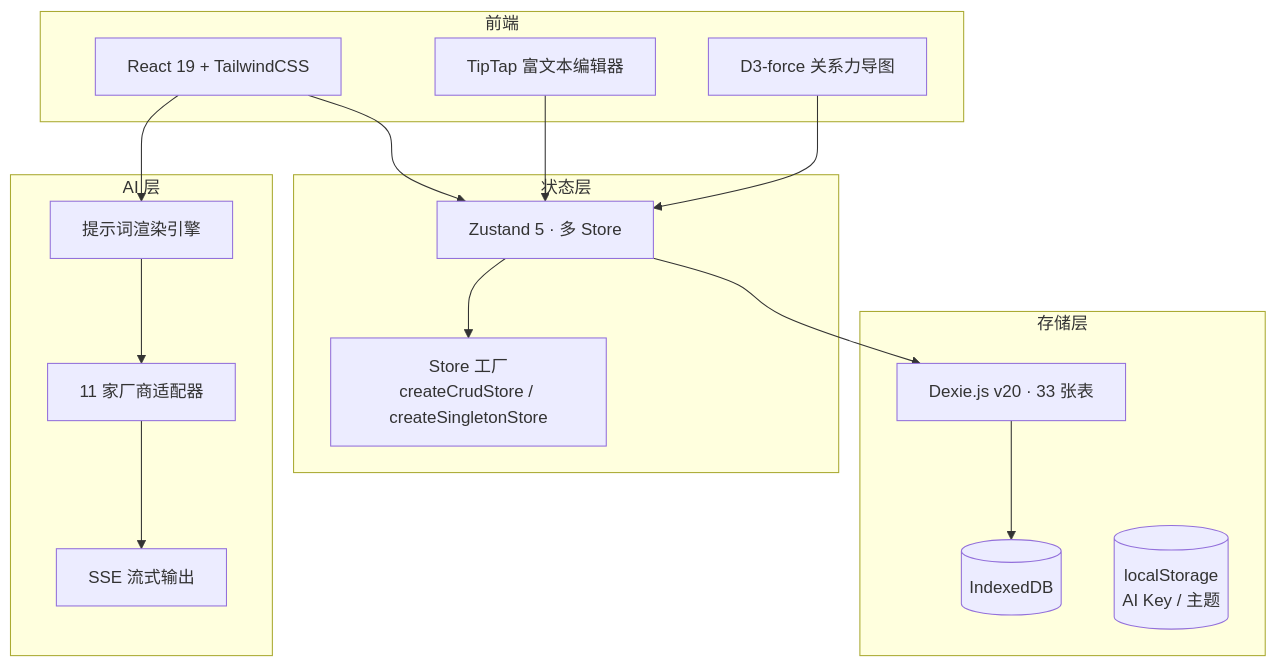
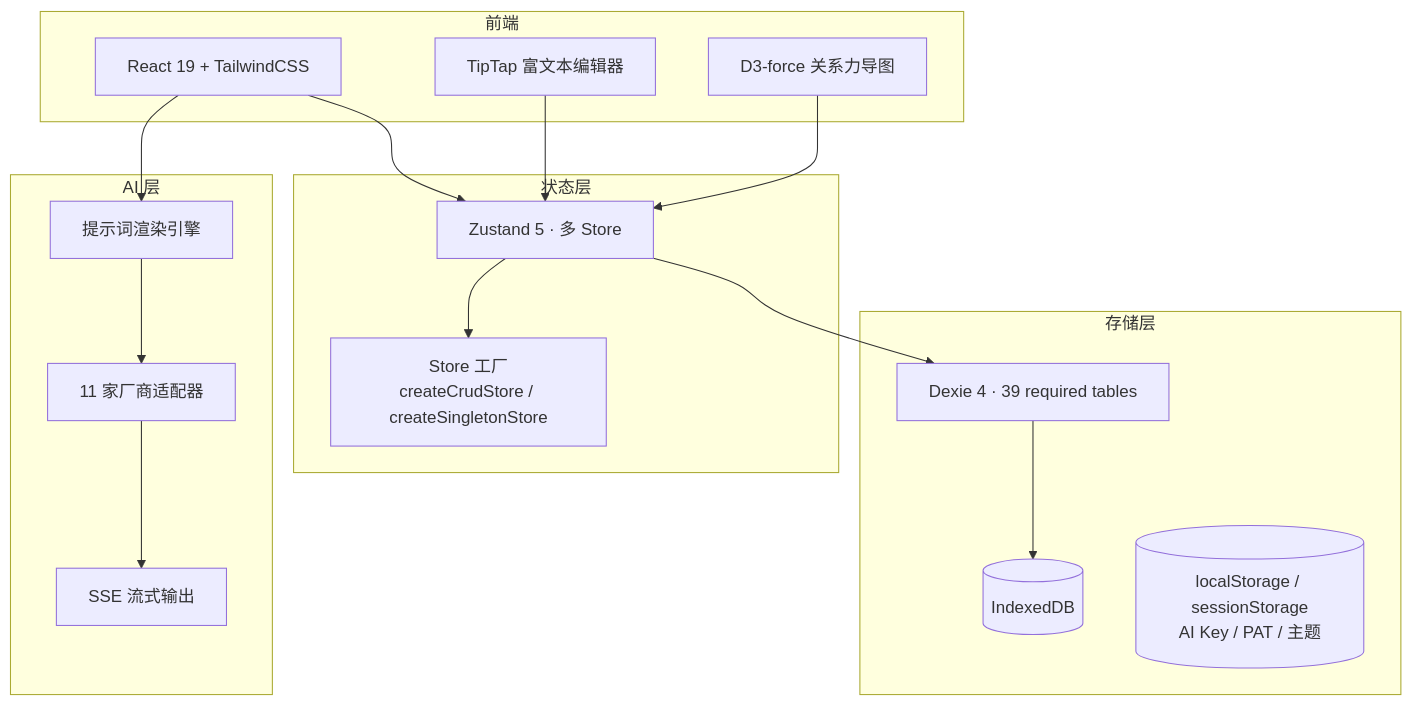
The first of 4 diagrams in README.md (yuanbw2025/my-website), drawn with Mermaid before and after one commit. The commit also changed other lines of this file and 104 other files, not shown here.

````diff
--- a/README.md
+++ b/README.md
@@ -84,35 +84,35 @@
 ```mermaid
 graph TB
     subgraph 前端
         UI[React 19 + TailwindCSS]
         Editor[TipTap 富文本编辑器]
         Graph[D3-force 关系力导图]
     end
 
     subgraph 状态层
         Zustand[Zustand 5 · 多 Store]
         Factory[Store 工厂<br/>createCrudStore / createSingletonStore]
     end
 
     subgraph 存储层
-        Dexie[Dexie.js v20 · 33 张表]
+        Dexie[Dexie 4 · 39 required tables]
         IDB[(IndexedDB)]
-        LS[(localStorage<br/>AI Key / 主题)]
+        LS[(localStorage / sessionStorage<br/>AI Key / PAT / 主题)]
     end
 
     subgraph AI 层
         Engine[提示词渲染引擎]
         Adapters[11 家厂商适配器]
         SSE[SSE 流式输出]
     end
 
     UI --> Zustand
     Editor --> Zustand
     Graph --> Zustand
     Zustand --> Factory
     Zustand --> Dexie
     Dexie --> IDB
     UI --> Engine
     Engine --> Adapters
     Adapters --> SSE
 ```
````
